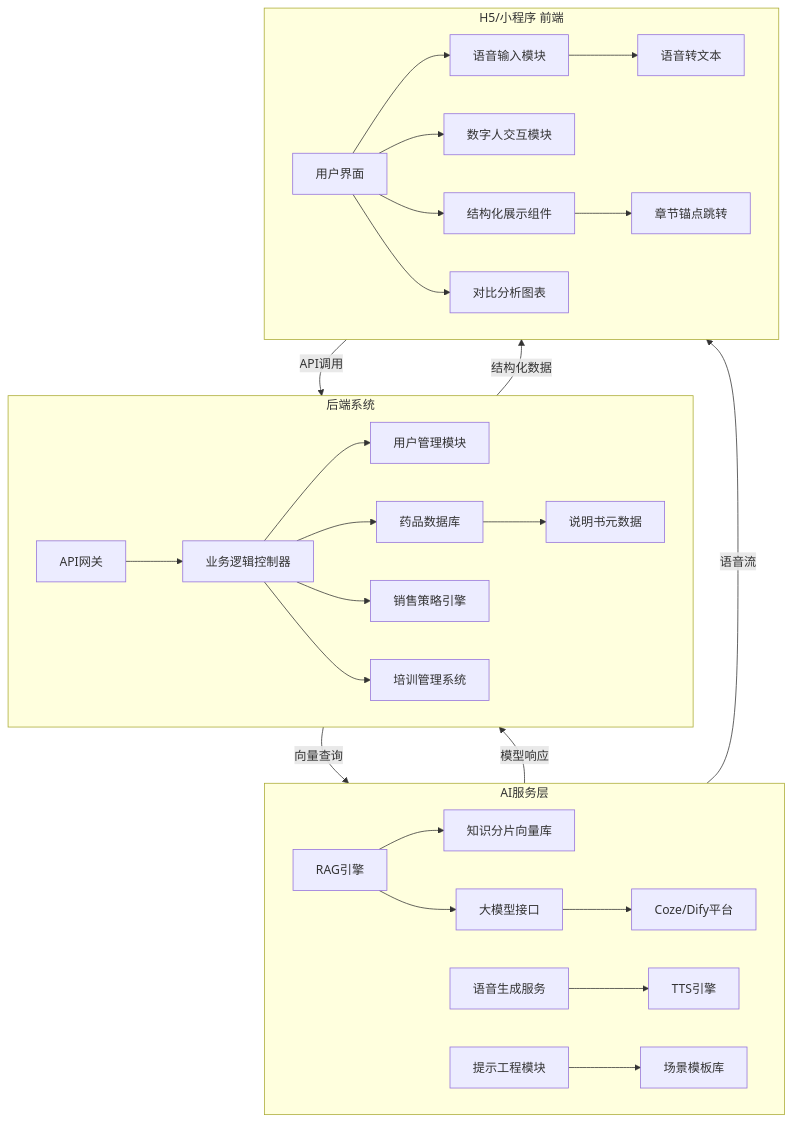
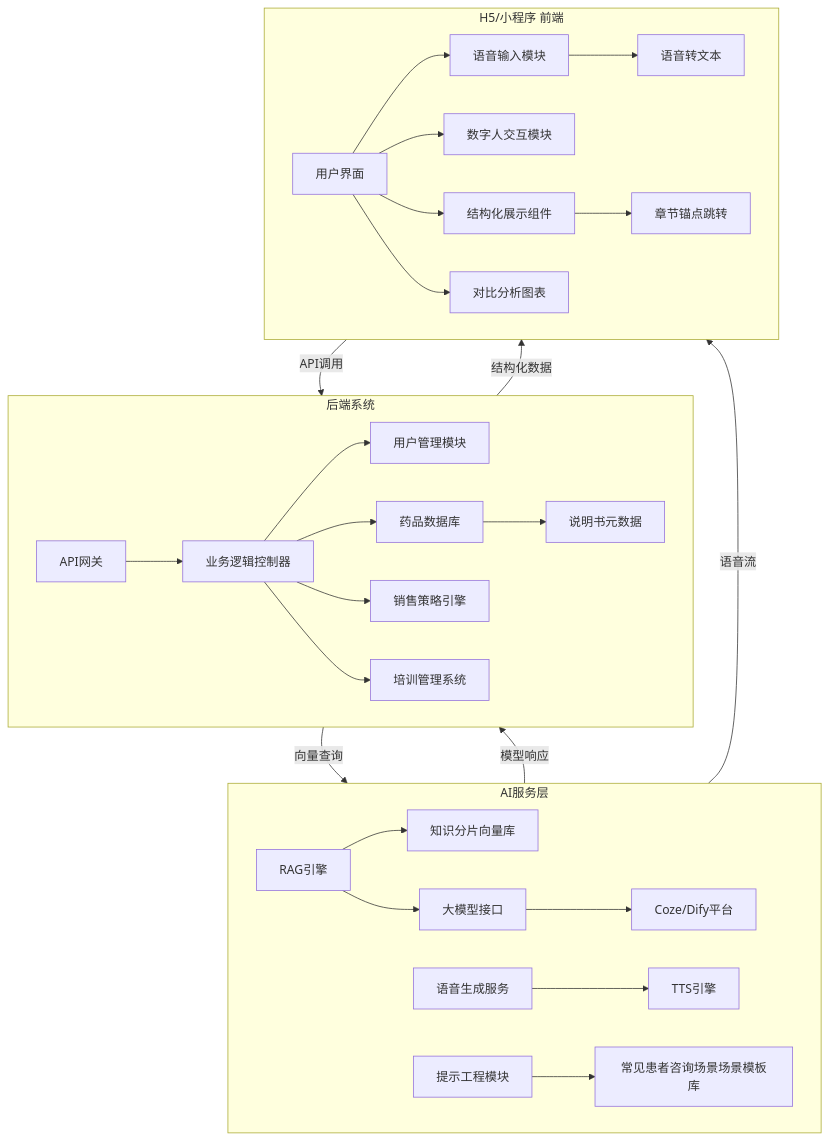
Before and after one commit to funnyData/iodraw-files: the diagram in all/结构图.md, drawn with Mermaid.

Commit message:
2025-02-19 20:34:27 update

````diff
--- a/all/结构图.md
+++ b/all/结构图.md
@@ -1,38 +1,38 @@
 ```mermaid
 %% 结构图
 graph TD
     subgraph AI[AI服务层]
         O[RAG引擎] --> P[知识分片向量库]
         O --> Q[大模型接口]
         Q --> R[Coze/Dify平台]
         S[语音生成服务] --> T[TTS引擎]
-        U[提示工程模块] --> V[场景模板库]
+        U[提示工程模块] --> V[常见患者咨询场景场景模板库]
     end
 
 
     subgraph Backend[后端系统]
         H[API网关] --> I[业务逻辑控制器]
         I --> J[用户管理模块]
         I --> K[药品数据库]
         I --> L[销售策略引擎]
         I --> M[培训管理系统]
         K --> N[说明书元数据]
     end
 
     subgraph Frontend[H5/小程序 前端]
         A[用户界面] --> B[语音输入模块]
         A --> C[数字人交互模块]
         A --> D[结构化展示组件]
         A --> E[对比分析图表]
         B --> F[语音转文本]
         D --> G[章节锚点跳转]
     end
 
 
 
     Frontend -->|API调用| Backend
     Backend -->|向量查询| AI
     AI -->|模型响应| Backend
     Backend -->|结构化数据| Frontend
     AI -->|语音流| Frontend
 ```
````
